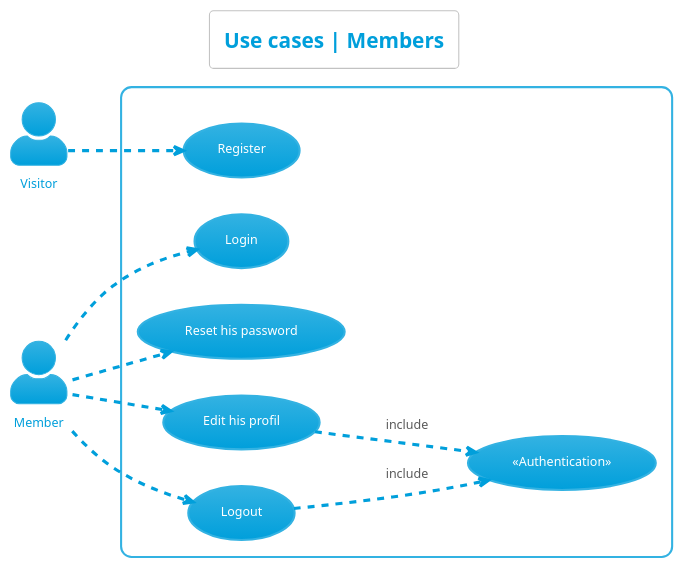
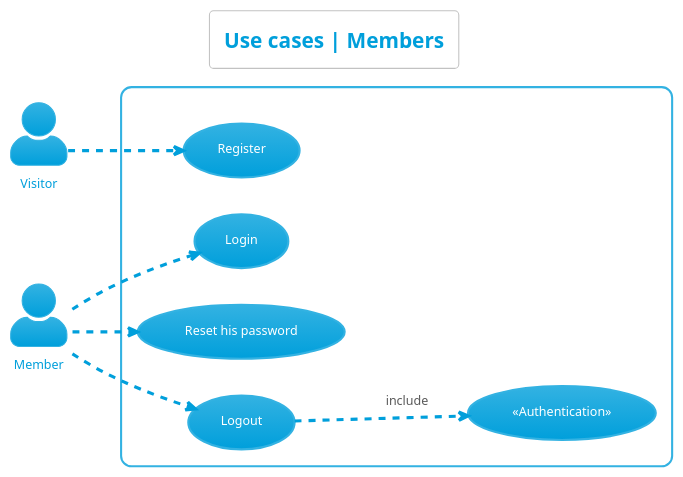
Before and after one commit to sebastien-d-me/SnowTricks: the diagram in diagrammes/use_cases/members/members.plantuml, drawn with PlantUML. The commit also changed 6 other files, not shown here.

```diff
--- a/diagrammes/use_cases/members/members.plantuml
+++ b/diagrammes/use_cases/members/members.plantuml
@@ -1,38 +1,35 @@
 @startuml use_cases__members
 left to right direction
 skinparam actorStyle Awesome
 !theme bluegray
 skinparam backgroundcolor White
 
 'Titre'
 title Use cases | Members
 
 'Acteur'
 actor "Visitor" as Visitor
 actor "Member" as Member
 
 'Rectangle'
 rectangle {
     'Authentification'
     "«Authentication»" as (Authentification)
 
     'Visiteur'
     "Register" as (Register)
 
     'Membre'
     "Login" as (Login)
     "Reset his password" as (ResetPassword)
-    "Edit his profil" as (EditProfil)
     "Logout" as (Logout)
     
 
     'Déroulement'
     :Visitor: -.> (Register)
     :Member: -.> (Login)
     :Member: -.> (ResetPassword)
-    :Member: -.> (EditProfil)
     :Member: -.> (Logout)
-    (EditProfil) -.> (Authentification) : include
     (Logout) -.> (Authentification) : include
 }
 @enduml
```
